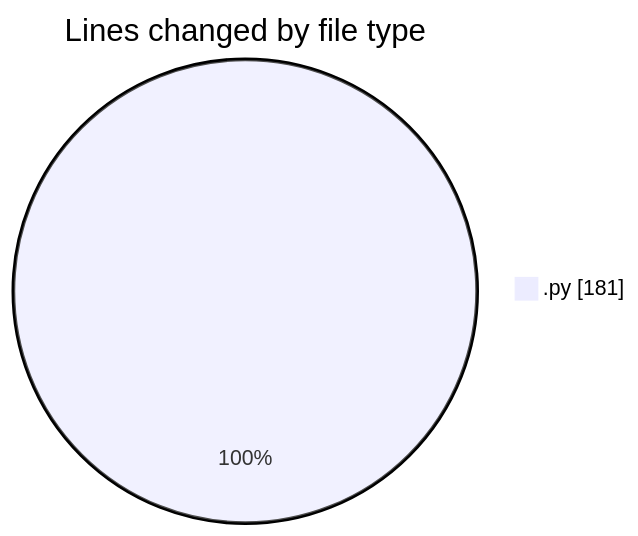
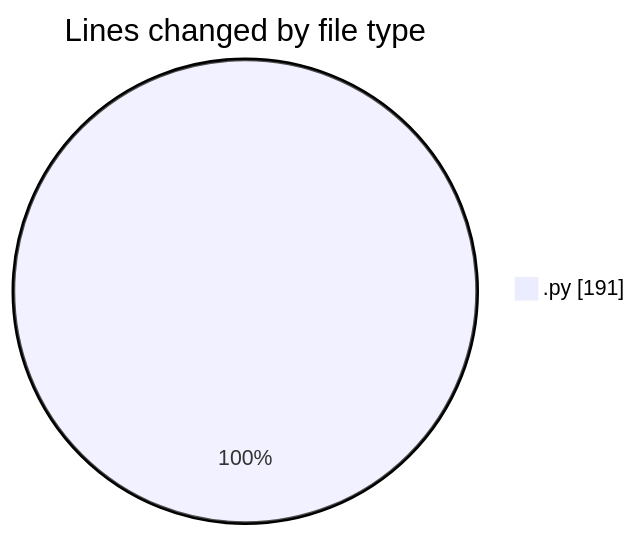
One commit to MatusMokan/code-tracking changed the first of 2 diagrams in 2025-02-27/myws__workspace_/README.md. Above: the diagram before and after it, drawn with Mermaid. The commit also changed other lines of this file and 1 other file, not shown here.

````diff
--- a/2025-02-27/myws__workspace_/README.md
+++ b/2025-02-27/myws__workspace_/README.md
@@ -20,5 +20,5 @@
 ```mermaid
 pie showData
 title Lines changed by file type
-".py" : 181
+".py" : 191
 ```
````
